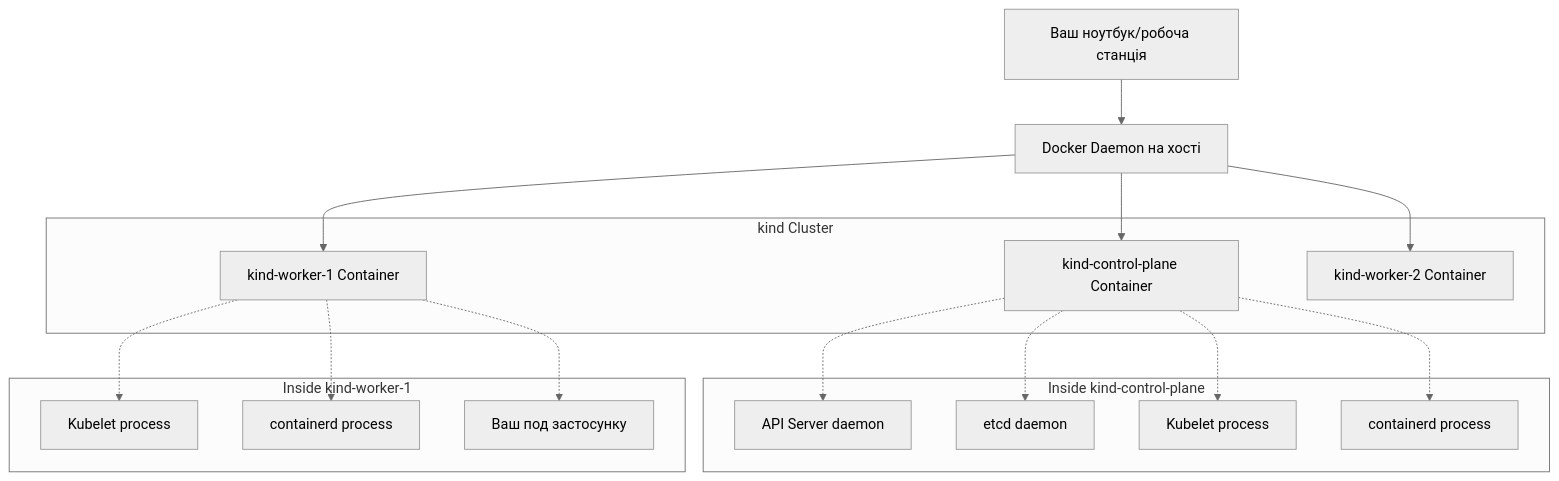
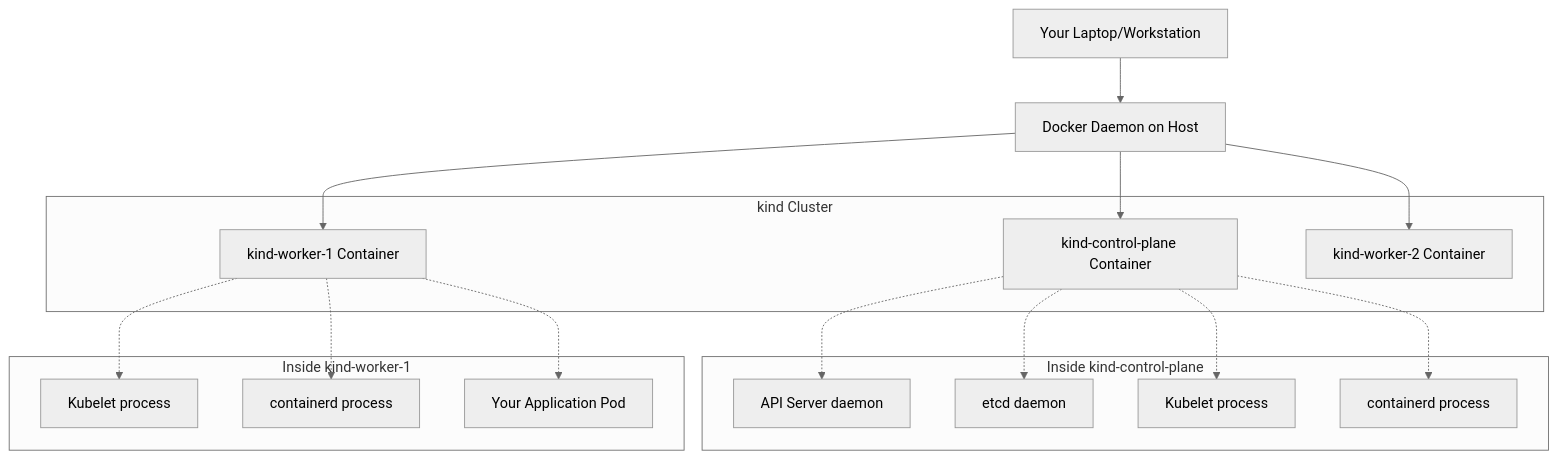
The second of 2 diagrams in src/content/docs/uk/prerequisites/kubernetes-basics/module-1.1-first-cluster.md (kube-dojo/kube-dojo), drawn with Mermaid (neutral theme) before and after one commit. The commit also changed other lines of this file and 7 other files, not shown here.

````diff
--- a/src/content/docs/uk/prerequisites/kubernetes-basics/module-1.1-first-cluster.md
+++ b/src/content/docs/uk/prerequisites/kubernetes-basics/module-1.1-first-cluster.md
@@ -165,39 +142,39 @@
 ```mermaid
 flowchart TD
-    Host[Ваш ноутбук/робоча станція]
-    DockerDaemon[Docker Daemon на хості]
+    Host[Your Laptop/Workstation]
+    DockerDaemon[Docker Daemon on Host]
 
     Host --> DockerDaemon
 
     subgraph kind Cluster
         Node1[kind-control-plane Container]
         Node2[kind-worker-1 Container]
         Node3[kind-worker-2 Container]
     end
 
     DockerDaemon --> Node1
     DockerDaemon --> Node2
     DockerDaemon --> Node3
 
     subgraph Inside kind-control-plane
         API[API Server daemon]
         ETCD[etcd daemon]
         KubeletCP[Kubelet process]
         ContainerdCP[containerd process]
     end
 
     Node1 -.-> API
     Node1 -.-> ETCD
     Node1 -.-> KubeletCP
     Node1 -.-> ContainerdCP
 
     subgraph Inside kind-worker-1
         KubeletW1[Kubelet process]
         ContainerdW1[containerd process]
-        PodA[Ваш под застосунку]
+        PodA[Your Application Pod]
     end
 
     Node2 -.-> KubeletW1
     Node2 -.-> ContainerdW1
     Node2 -.-> PodA
 ```
````
